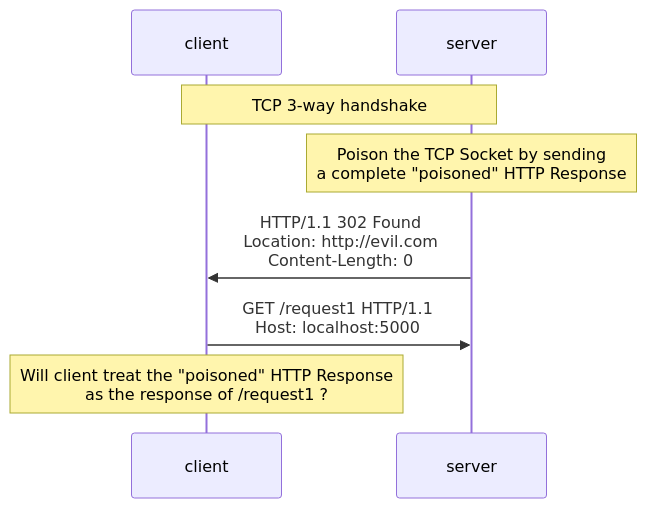
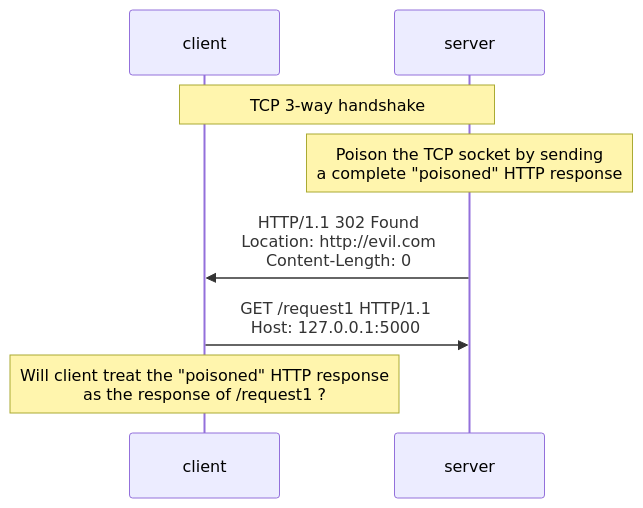
Before and after one commit to samuel871211/yusheng-tech-blog: the second of 4 diagrams in docs/http/response-misbinding.md, drawn with Mermaid. The commit also changed other lines of this file and 3 other files, not shown here.

Commit message:
update Preconnected TCP socket Poisoning: Chrome / Firefox、HTTP/1.1 與 Security 邊界分析

````diff
--- a/docs/http/response-misbinding.md
+++ b/docs/http/response-misbinding.md
@@ -60,13 +67,13 @@
 ```mermaid
 sequenceDiagram
   participant c as client
   participant s as server
 
   Note Over c,s: TCP 3-way handshake
 
-  Note Over s: Poison the TCP Socket by sending<br/>a complete "poisoned" HTTP Response
+  Note Over s: Poison the TCP socket by sending<br/>a complete "poisoned" HTTP response
   s ->> c: HTTP/1.1 302 Found<br/>Location: http://evil.com<br/>Content-Length: 0
-  c ->> s: GET /request1 HTTP/1.1<br/>Host: localhost:5000
+  c ->> s: GET /request1 HTTP/1.1<br/>Host: 127.0.0.1:5000
 
-  Note Over c: Will client treat the "poisoned" HTTP Response<br/>as the response of /request1 ?
+  Note Over c: Will client treat the "poisoned" HTTP response<br/>as the response of /request1 ?
 ```
````
